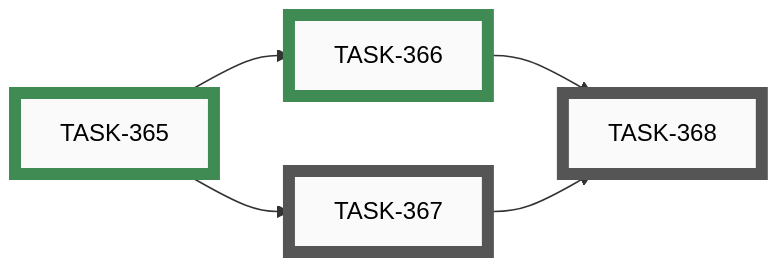
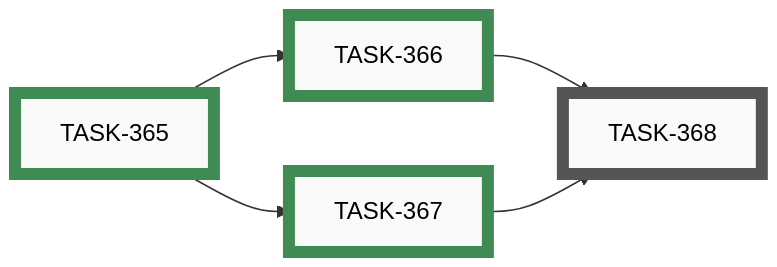
The seventh of 11 diagrams in docs/developers/tasks/EPICS.md (tgd1975/AwesomeGuitarPedal), drawn with Mermaid before and after one commit. The commit also changed other lines of this file and 6 other files, not shown here.

````diff
--- a/docs/developers/tasks/EPICS.md
+++ b/docs/developers/tasks/EPICS.md
@@ -240,23 +240,23 @@
 ```mermaid
 graph LR
-    TASK_367["TASK-367"]:::open
     TASK_368["TASK-368"]:::open
     TASK_365["TASK-365"]:::closed
     TASK_366["TASK-366"]:::closed
-    TASK_365 --> TASK_367
+    TASK_367["TASK-367"]:::closed
     TASK_366 --> TASK_368
     TASK_367 --> TASK_368
     TASK_365 --> TASK_366
-    click TASK_367 "open/task-367-draft-conventions-invariants-gotchas.md"
+    TASK_365 --> TASK_367
     click TASK_368 "open/task-368-draft-tests-references-and-verify.md"
     click TASK_365 "closed/task-365-scope-ble-services-guide.md"
     click TASK_366 "closed/task-366-draft-catalog-and-recipe-sections.md"
+    click TASK_367 "closed/task-367-draft-conventions-invariants-gotchas.md"
     classDef open    fill:#FAFAFA,stroke:#555,stroke-width:8px,color:#000
     classDef active  fill:#FAFAFA,stroke:#1A6FA8,stroke-width:8px,color:#000
     classDef closed  fill:#FAFAFA,stroke:#3F8B53,stroke-width:8px,color:#000
     classDef paused  fill:#FAFAFA,stroke:#B07810,stroke-width:8px,color:#000
     classDef openExt    fill:#000,stroke:#888,stroke-width:8px,color:#FFF
     classDef activeExt  fill:#000,stroke:#3FA9F5,stroke-width:8px,color:#FFF
     classDef closedExt  fill:#000,stroke:#7CC68A,stroke-width:8px,color:#FFF
     classDef pausedExt  fill:#000,stroke:#F0B030,stroke-width:8px,color:#FFF
 ```
````
